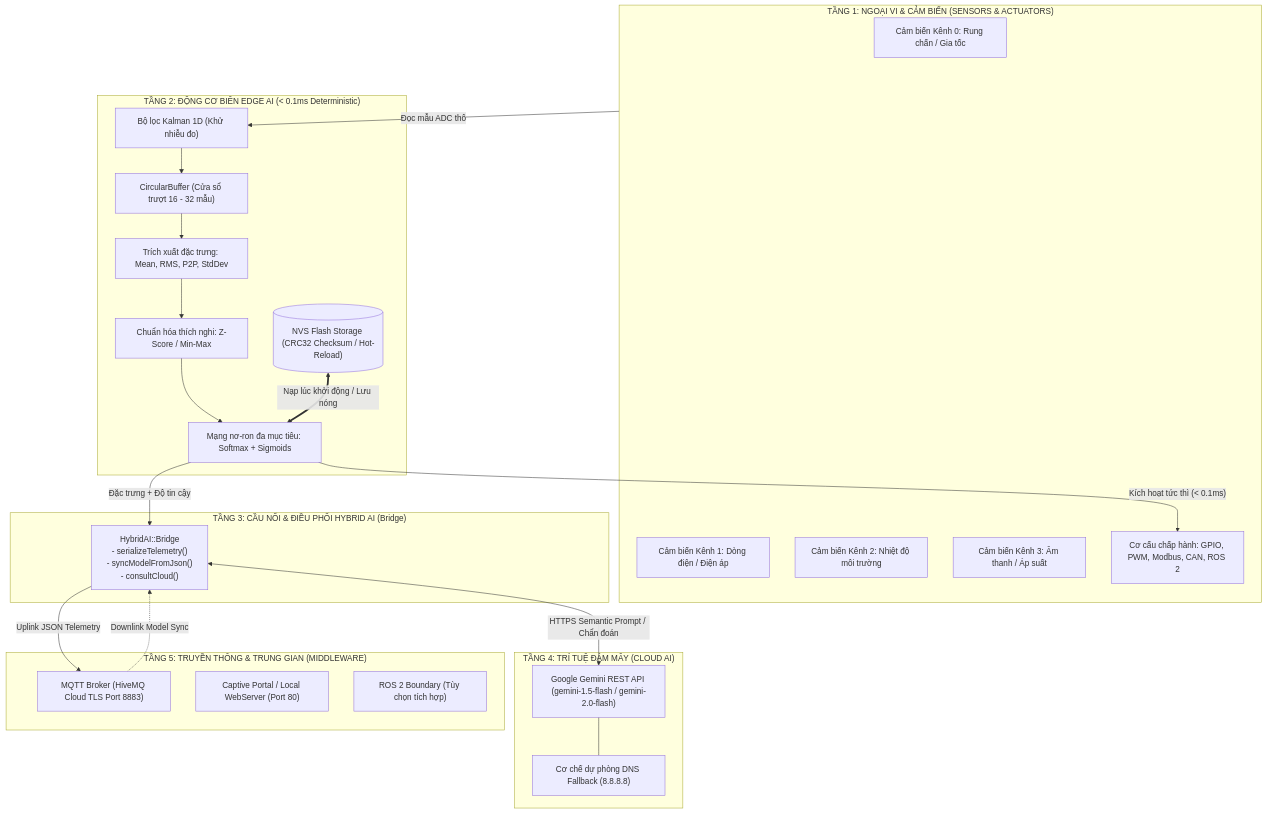
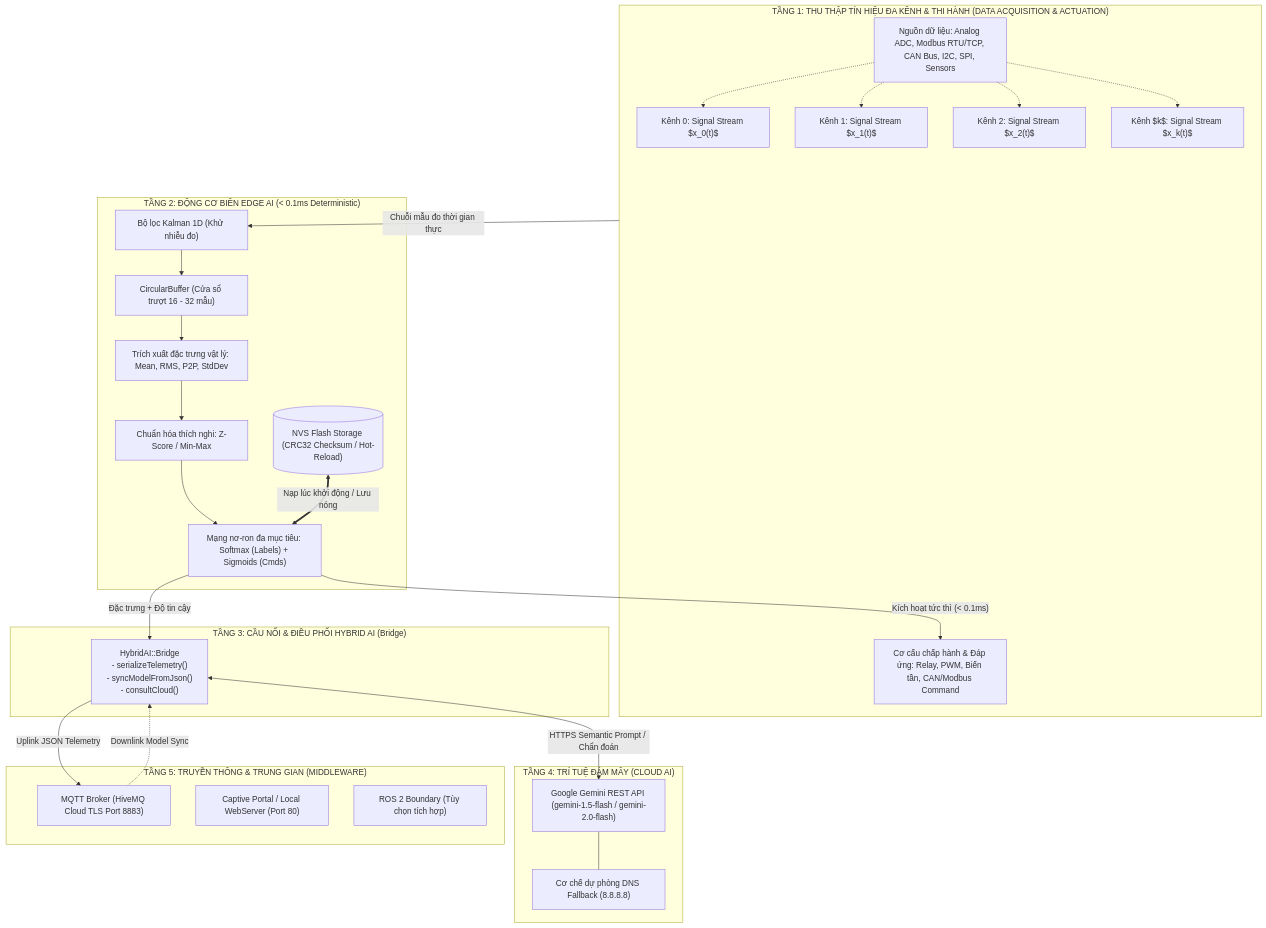
One commit to ThangNguyen2106-dash/AIoT_DEVERLOPMENT changed the first of 2 diagrams in HYBRID_AI_V2_ARCHITECTURE.md. Above: the diagram before and after it, drawn with Mermaid. The commit also changed 1 other file, not shown here.

Commit message:
Update LIB FOR ESP32 (V1)

````diff
--- a/HYBRID_AI_V2_ARCHITECTURE.md
+++ b/HYBRID_AI_V2_ARCHITECTURE.md
@@ -28,45 +28,47 @@
 ```mermaid
 flowchart TD
-    subgraph L1["TẦNG 1: NGOẠI VI & CẢM BIẾN (SENSORS & ACTUATORS)"]
-        S0["Cảm biến Kênh 0: Rung chấn / Gia tốc"]
-        S1["Cảm biến Kênh 1: Dòng điện / Điện áp"]
-        S2["Cảm biến Kênh 2: Nhiệt độ môi trường"]
-        S3["Cảm biến Kênh 3: Âm thanh / Áp suất"]
-        ACT["Cơ cấu chấp hành: GPIO, PWM, Modbus, CAN, ROS 2"]
+    subgraph L1["TẦNG 1: THU THẬP TÍN HIỆU ĐA KÊNH & THI HÀNH (DATA ACQUISITION & ACTUATION)"]
+        CH0["Kênh 0: Signal Stream $x_0(t)$"]
+        CH1["Kênh 1: Signal Stream $x_1(t)$"]
+        CH2["Kênh 2: Signal Stream $x_2(t)$"]
+        CHk["Kênh $k$: Signal Stream $x_k(t)$"]
+        Sources["Nguồn dữ liệu: Analog ADC, Modbus RTU/TCP, CAN Bus, I2C, SPI, Sensors"]
+        Sources -.-> CH0 & CH1 & CH2 & CHk
+        ACT["Cơ cấu chấp hành & Đáp ứng: Relay, PWM, Biến tần, CAN/Modbus Command"]
     end
 
     subgraph L2["TẦNG 2: ĐỘNG CƠ BIÊN EDGE AI (< 0.1ms Deterministic)"]
         Kalman["Bộ lọc Kalman 1D (Khử nhiễu đo)"]
         Buf["CircularBuffer (Cửa sổ trượt 16 - 32 mẫu)"]
-        Feat["Trích xuất đặc trưng: Mean, RMS, P2P, StdDev"]
+        Feat["Trích xuất đặc trưng vật lý: Mean, RMS, P2P, StdDev"]
         Norm["Chuẩn hóa thích nghi: Z-Score / Min-Max"]
-        Engine["Mạng nơ-ron đa mục tiêu: Softmax + Sigmoids"]
+        Engine["Mạng nơ-ron đa mục tiêu: Softmax (Labels) + Sigmoids (Cmds)"]
         NVS[("NVS Flash Storage (CRC32 Checksum / Hot-Reload)")]
         
         Kalman --> Buf --> Feat --> Norm --> Engine
         NVS <==>|"Nạp lúc khởi động / Lưu nóng"| Engine
     end
 
     subgraph L3["TẦNG 3: CẦU NỐI & ĐIỀU PHỐI HYBRID AI (Bridge)"]
         Bridge["HybridAI::Bridge<br/>- serializeTelemetry()<br/>- syncModelFromJson()<br/>- consultCloud()"]
     end
 
     subgraph L4["TẦNG 4: TRÍ TUỆ ĐÁM MÂY (CLOUD AI)"]
         Gemini["Google Gemini REST API (gemini-1.5-flash / gemini-2.0-flash)"]
         DNS["Cơ chế dự phòng DNS Fallback (8.8.8.8)"]
         Gemini --- DNS
     end
 
     subgraph L5["TẦNG 5: TRUYỀN THÔNG & TRUNG GIAN (MIDDLEWARE)"]
         MQTT["MQTT Broker (HiveMQ Cloud TLS Port 8883)"]
         HTTP["Captive Portal / Local WebServer (Port 80)"]
         ROS["ROS 2 Boundary (Tùy chọn tích hợp)"]
     end
 
-    L1 -->|"Đọc mẫu ADC thô"| Kalman
+    L1 -->|"Chuỗi mẫu đo thời gian thực"| Kalman
     Engine -->|"Kích hoạt tức thì (< 0.1ms)"| ACT
     Engine -->|"Đặc trưng + Độ tin cậy"| Bridge
     Bridge -->|"Uplink JSON Telemetry"| MQTT
     MQTT -.->|"Downlink Model Sync"| Bridge
     Bridge <-->|"HTTPS Semantic Prompt / Chẩn đoán"| Gemini
 ```
````
